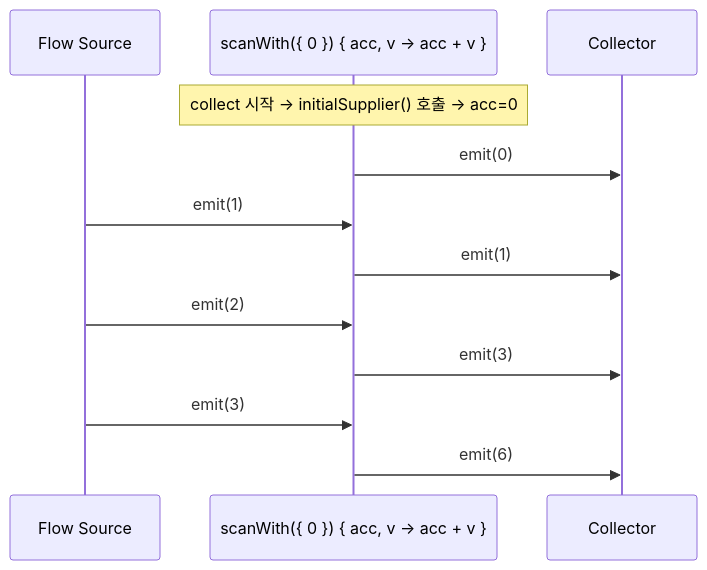
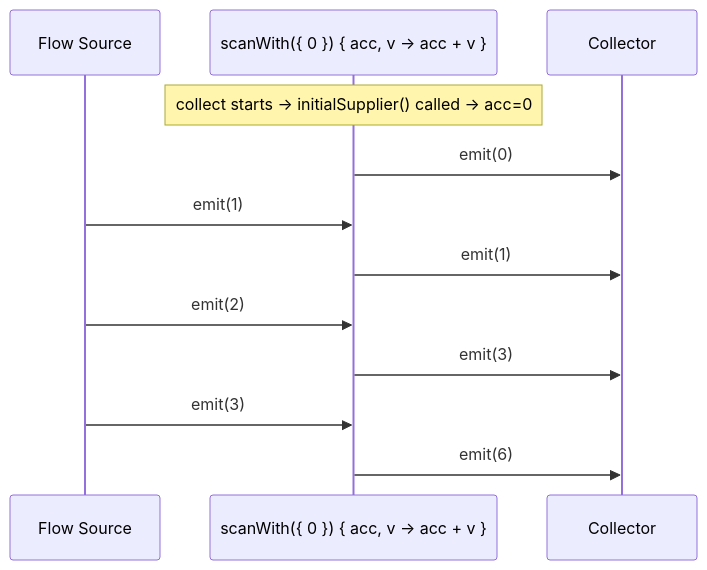
Before and after one commit to bluetape4k/bluetape4k-projects: diagram 14 of 15 in bluetape4k/coroutines/README.md, drawn with Mermaid. The commit also changed other lines of this file and 265 other files, not shown here.

````diff
--- a/bluetape4k/coroutines/README.md
+++ b/bluetape4k/coroutines/README.md
@@ -536,14 +538,14 @@
 ```mermaid
 sequenceDiagram
     participant S as Flow Source
     participant SW as scanWith({ 0 }) { acc, v -> acc + v }
     participant R as Collector
-    Note over SW: collect 시작 → initialSupplier() 호출 → acc=0
+    Note over SW: collect starts → initialSupplier() called → acc=0
     SW ->> R: emit(0)
     S ->> SW: emit(1)
     SW ->> R: emit(1)
     S ->> SW: emit(2)
     SW ->> R: emit(3)
     S ->> SW: emit(3)
     SW ->> R: emit(6)
 ```
````
